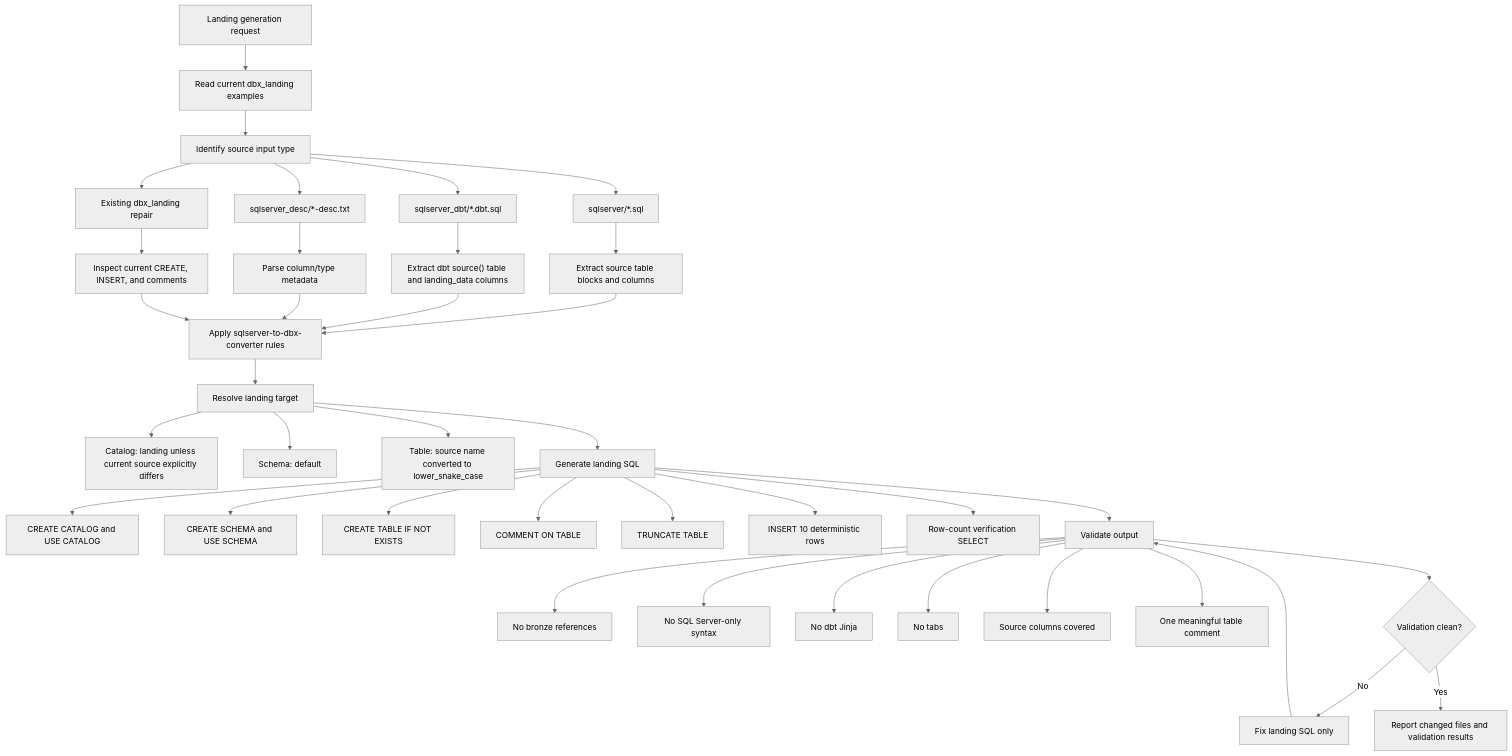
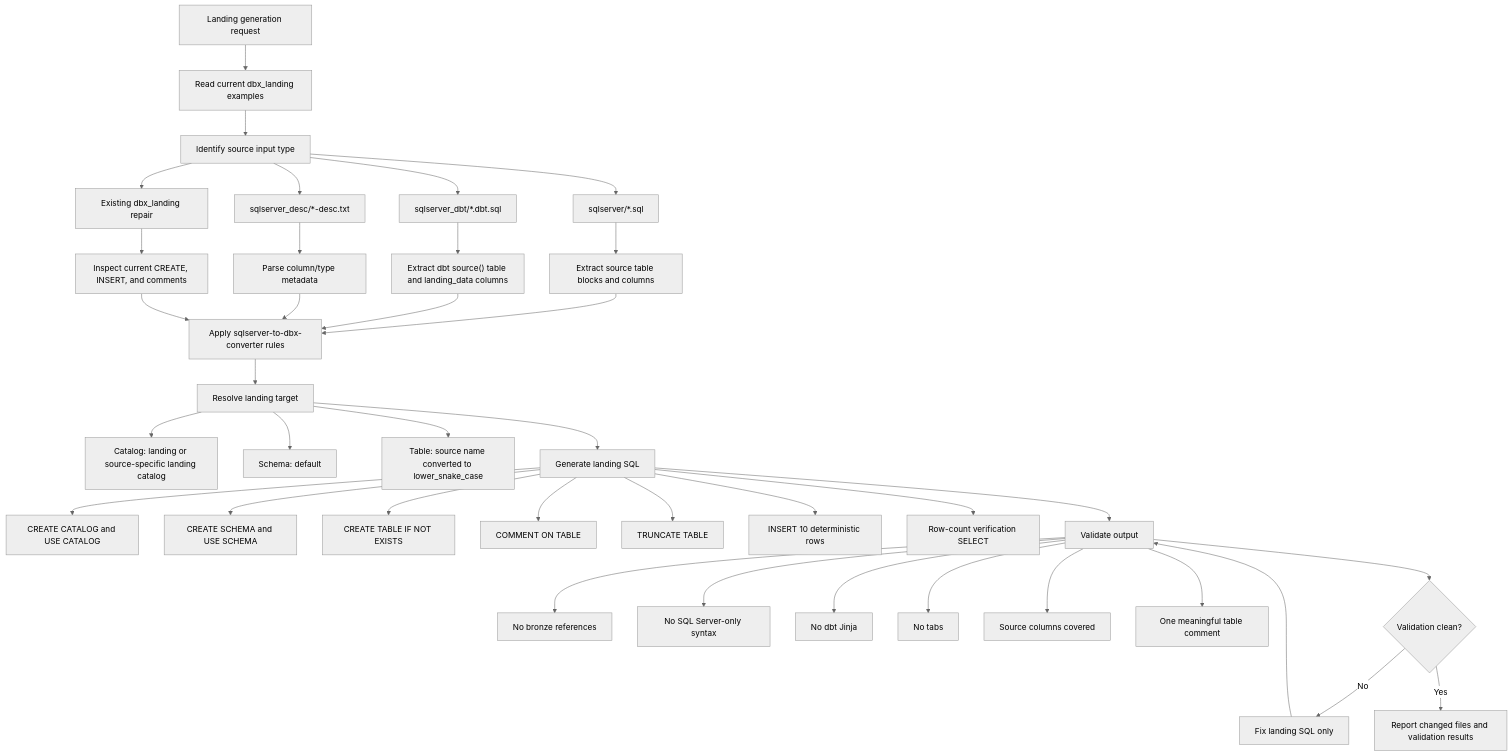
The diagram in .codex/skills/dbx-landing-generator/SKILL.md (enriqueescobar-it/bbank_dw), drawn with Mermaid (neutral theme) before and after one commit. The commit also changed other lines of this file and 6 other files, not shown here.

````diff
--- a/.codex/skills/dbx-landing-generator/SKILL.md
+++ b/.codex/skills/dbx-landing-generator/SKILL.md
@@ -24,47 +24,47 @@
 ```mermaid
 flowchart TD
     A["Landing generation request"] --> B["Read current dbx_landing examples"]
     B --> C["Identify source input type"]
 
     C --> C1["sqlserver/*.sql"]
     C --> C2["sqlserver_dbt/*.dbt.sql"]
     C --> C3["sqlserver_desc/*-desc.txt"]
     C --> C4["Existing dbx_landing repair"]
 
     C1 --> D["Extract source table blocks and columns"]
     C2 --> E["Extract dbt source() table and landing_data columns"]
     C3 --> F["Parse column/type metadata"]
     C4 --> G["Inspect current CREATE, INSERT, and comments"]
 
     D --> H["Apply sqlserver-to-dbx-converter rules"]
     E --> H
     F --> H
     G --> H
 
     H --> I["Resolve landing target"]
-    I --> I1["Catalog: landing unless current source explicitly differs"]
+    I --> I1["Catalog: landing or source-specific landing catalog"]
     I --> I2["Schema: default"]
     I --> I3["Table: source name converted to lower_snake_case"]
 
     I --> J["Generate landing SQL"]
     J --> J1["CREATE CATALOG and USE CATALOG"]
     J --> J2["CREATE SCHEMA and USE SCHEMA"]
     J --> J3["CREATE TABLE IF NOT EXISTS"]
     J --> J4["COMMENT ON TABLE"]
     J --> J5["TRUNCATE TABLE"]
     J --> J6["INSERT 10 deterministic rows"]
     J --> J7["Row-count verification SELECT"]
 
     J --> K["Validate output"]
     K --> K1["No bronze references"]
     K --> K2["No SQL Server-only syntax"]
     K --> K3["No dbt Jinja"]
     K --> K4["No tabs"]
     K --> K5["Source columns covered"]
     K --> K6["One meaningful table comment"]
 
     K --> L{"Validation clean?"}
     L -->|No| M["Fix landing SQL only"]
     M --> K
     L -->|Yes| N["Report changed files and validation results"]
 ```
````
